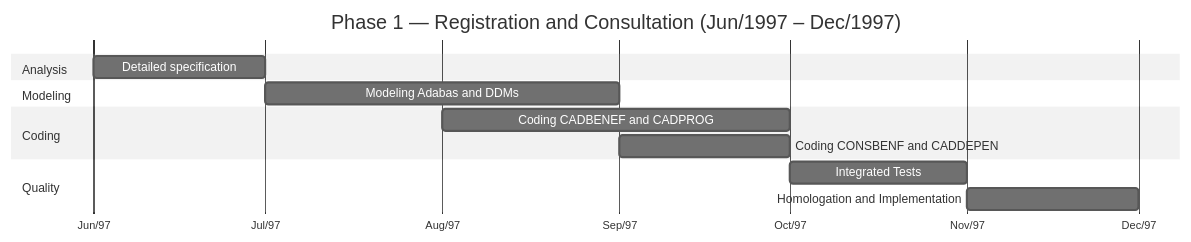
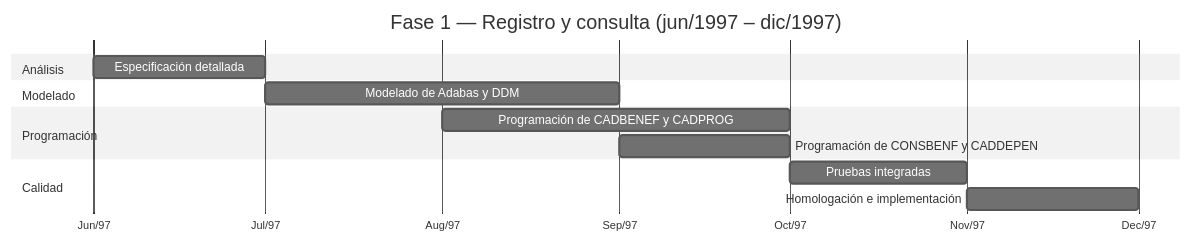
Before and after one commit to paulasilvatech/datacorp-sifap-team-kit-pt-br: the fifth of 6 diagrams in 01-archaeology/legacy-sifap/legacy-docs/ORIGINAL-ARCHITECTURE-1997.md, drawn with Mermaid. The commit also changed other lines of this file and 386 other files, not shown here.

````diff
--- a/01-archaeology/legacy-sifap/legacy-docs/ORIGINAL-ARCHITECTURE-1997.md
+++ b/01-archaeology/legacy-sifap/legacy-docs/ORIGINAL-ARCHITECTURE-1997.md
@@ -479,21 +479,21 @@
 ```mermaid
 %%{init: {'theme':'neutral','themeVariables':{'fontFamily':'ui-sans-serif, system-ui, sans-serif','primaryColor':'#F5F5F5','primaryTextColor':'#171717','primaryBorderColor':'#171717','lineColor':'#525252','secondaryColor':'#FFFFFF','tertiaryColor':'#FAFAFA','background':'#FFFFFF'}}}%%
 gantt
-    title Phase 1 — Registration and Consultation (Jun/1997 – Dec/1997)
+    title Fase 1 — Registro y consulta (jun/1997 – dic/1997)
     dateFormat YYYY-MM
     axisFormat %b/%y
 
-    section Analysis
-    Detailed specification :a1, 1997-06, 1M
+    section Análisis
+    Especificación detallada :a1, 1997-06, 1M
 
-    section Modeling
-    Modeling Adabas and DDMs :a2, 1997-07, 2M
+    section Modelado
+    Modelado de Adabas y DDM :a2, 1997-07, 2M
 
-    section Coding
-    Coding CADBENEF and CADPROG :a3, 1997-08, 2M
-    Coding CONSBENF and CADDEPEN :a4, 1997-09, 1M
+    section Programación
+    Programación de CADBENEF y CADPROG :a3, 1997-08, 2M
+    Programación de CONSBENF y CADDEPEN :a4, 1997-09, 1M
 
-    section Quality
-    Integrated Tests :a5, 1997-10, 1M
-    Homologation and Implementation:a6, 1997-11, 1M
+    section Calidad
+    Pruebas integradas :a5, 1997-10, 1M
+    Homologación e implementación:a6, 1997-11, 1M
 ```
````
